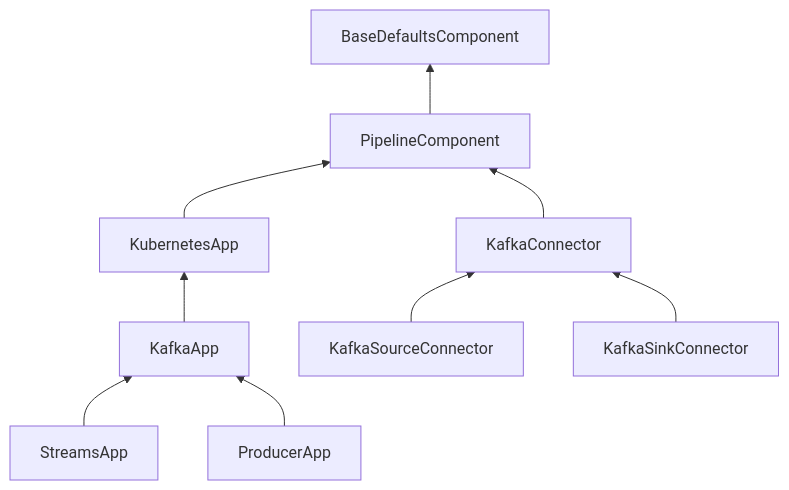
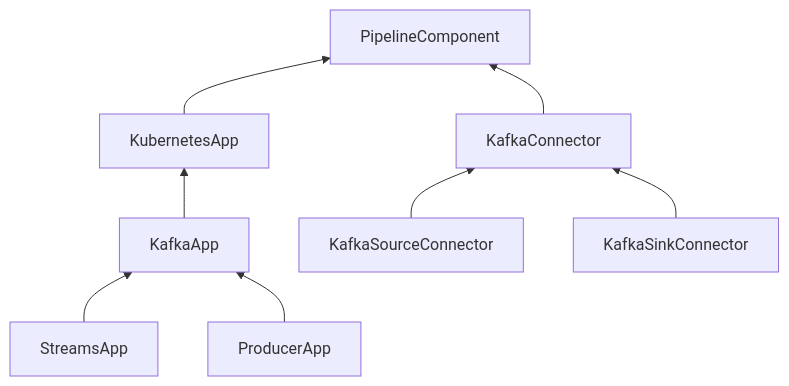
The diagram in docs/docs/resources/architecture/components-hierarchy.md (bakdata/kpops), drawn with Mermaid before and after one commit. The commit also changed other lines of this file and 16 other files, not shown here.

````diff
--- a/docs/docs/resources/architecture/components-hierarchy.md
+++ b/docs/docs/resources/architecture/components-hierarchy.md
@@ -1,19 +1,18 @@
 ```mermaid
 flowchart BT
-    PipelineComponent --> BaseDefaultsComponent
     KubernetesApp --> PipelineComponent
     KafkaConnector --> PipelineComponent
     KafkaApp --> KubernetesApp
     StreamsApp --> KafkaApp
     ProducerApp --> KafkaApp
     KafkaSourceConnector --> KafkaConnector
     KafkaSinkConnector --> KafkaConnector
     
     click KubernetesApp "../kubernetes-app"
     click KafkaApp "../kafka-app"
     click StreamsApp "../streams-app"
     click ProducerApp "../producer-app"
     click KafkaConnector "../kafka-connector"
     click KafkaSourceConnector "../kafka-source-connector"
     click KafkaSinkConnector "../kafka-sink-connector"
 ```
````
